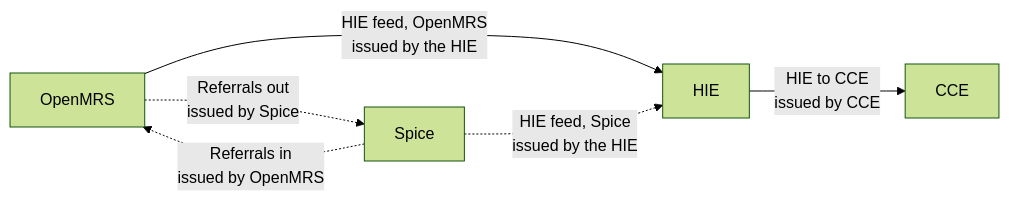
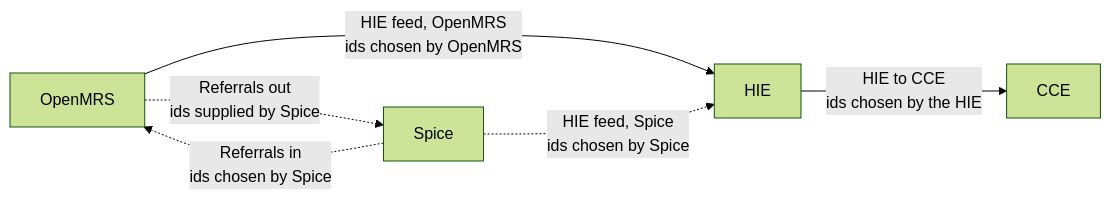
The fifth of 7 diagrams in one-click-installer/docs/beckn-demo-setup.md (openphc/deploy-scripts), drawn with Mermaid (forest theme) before and after one commit. The commit also changed other lines of this file and 8 other files, not shown here.

````diff
--- a/one-click-installer/docs/beckn-demo-setup.md
+++ b/one-click-installer/docs/beckn-demo-setup.md
@@ -275,13 +276,13 @@
 ```mermaid
 flowchart LR
     OMRS["OpenMRS"]
     HIE["HIE"]
     CCE["CCE"]
     SPICE["Spice"]
 
-    OMRS -- "HIE feed, OpenMRS<br/>issued by the HIE" --> HIE
-    HIE -- "HIE to CCE<br/>issued by CCE" --> CCE
-    SPICE -. "HIE feed, Spice<br/>issued by the HIE" .-> HIE
-    SPICE -. "Referrals in<br/>issued by OpenMRS" .-> OMRS
-    OMRS -. "Referrals out<br/>issued by Spice" .-> SPICE
+    OMRS -- "HIE feed, OpenMRS<br/>ids chosen by OpenMRS" --> HIE
+    HIE -- "HIE to CCE<br/>ids chosen by the HIE" --> CCE
+    SPICE -. "HIE feed, Spice<br/>ids chosen by Spice" .-> HIE
+    SPICE -. "Referrals in<br/>ids chosen by Spice" .-> OMRS
+    OMRS -. "Referrals out<br/>ids supplied by Spice" .-> SPICE
 ```
````
